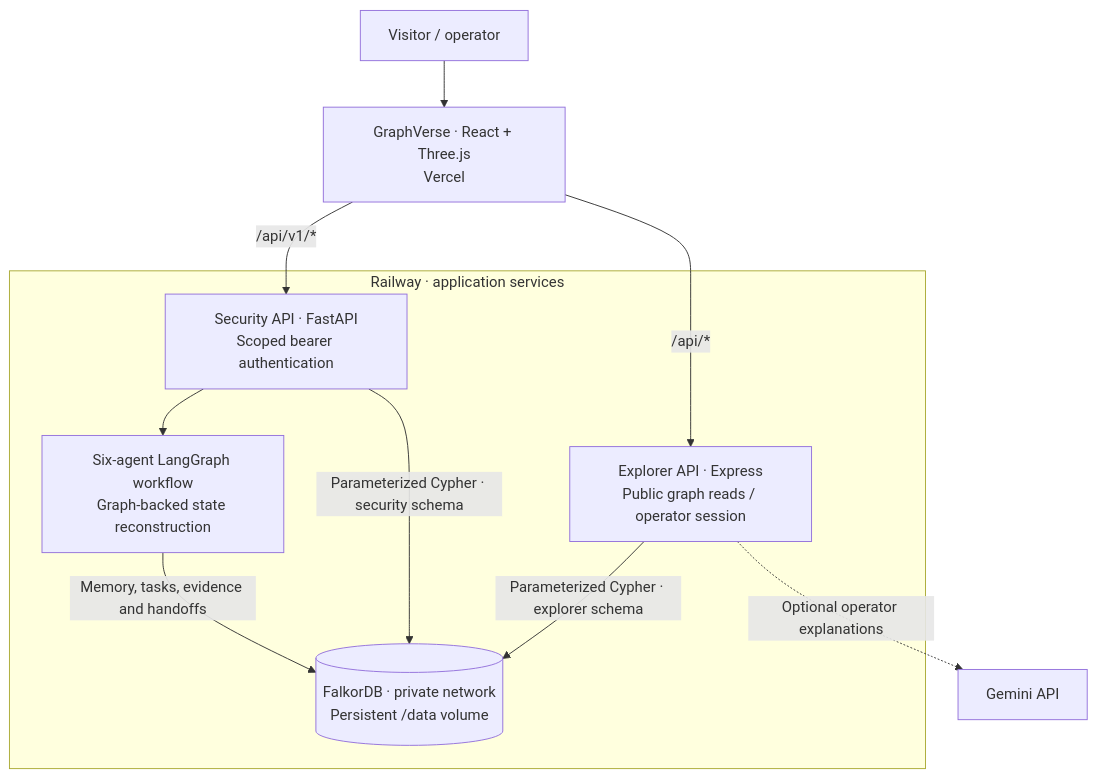
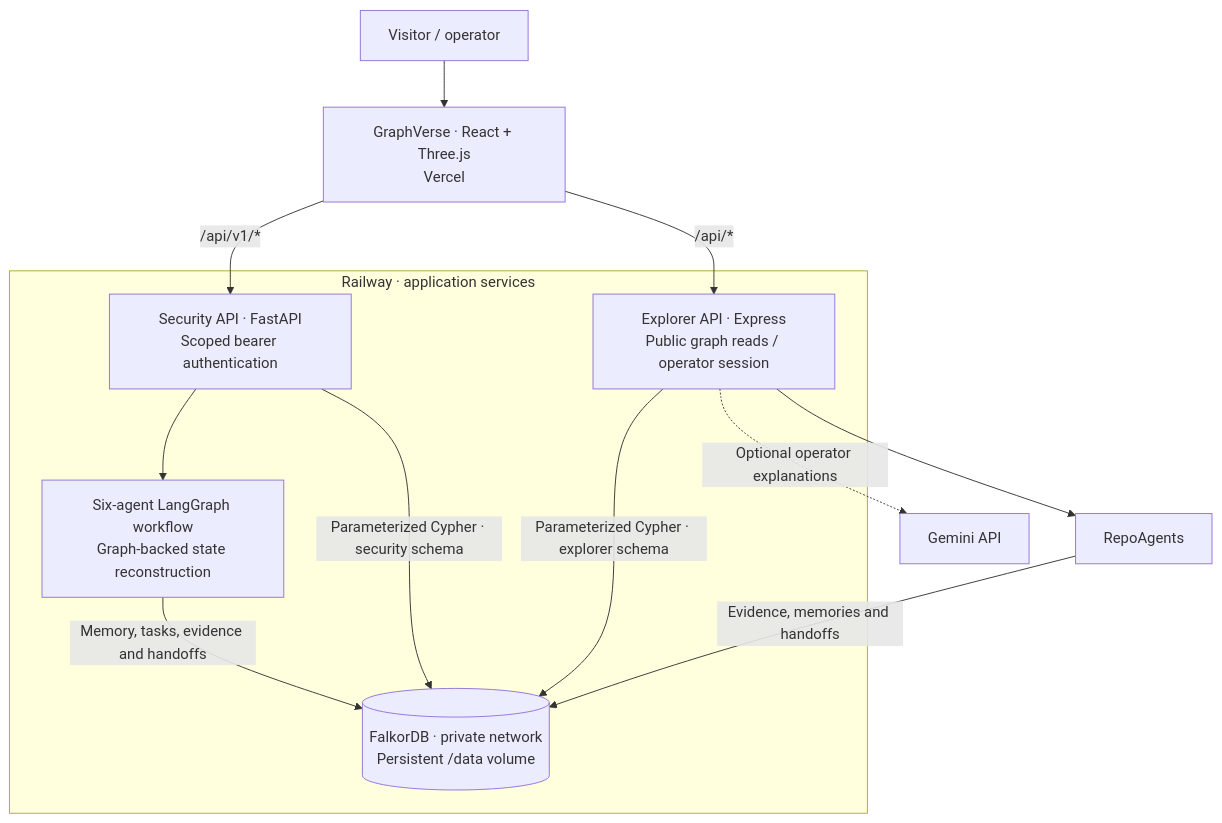
Before and after one commit to deveshsinghal09/shadowchain-ai: the diagram in README.md, drawn with Mermaid. The commit also changed other lines of this file and 31 other files, not shown here.

````diff
--- a/README.md
+++ b/README.md
@@ -64,19 +64,21 @@
 ```mermaid
 flowchart TB
     Visitor["Visitor / operator"] --> Web["GraphVerse · React + Three.js<br/>Vercel"]
 
     subgraph Railway["Railway · application services"]
         Explorer["Explorer API · Express<br/>Public graph reads / operator session"]
         Python["Security API · FastAPI<br/>Scoped bearer authentication"]
         Agents["Six-agent LangGraph workflow<br/>Graph-backed state reconstruction"]
         DB[("FalkorDB · private network<br/>Persistent /data volume")]
     end
 
     Web -->|"/api/*"| Explorer
     Web -->|"/api/v1/*"| Python
+    Explorer --> RepoAgents
+    RepoAgents -->|"Evidence, memories and handoffs"| DB
     Python --> Agents
     Explorer -->|"Parameterized Cypher · explorer schema"| DB
     Python -->|"Parameterized Cypher · security schema"| DB
     Agents -->|"Memory, tasks, evidence and handoffs"| DB
     Explorer -.->|"Optional operator explanations"| Gemini["Gemini API"]
 ```
````
